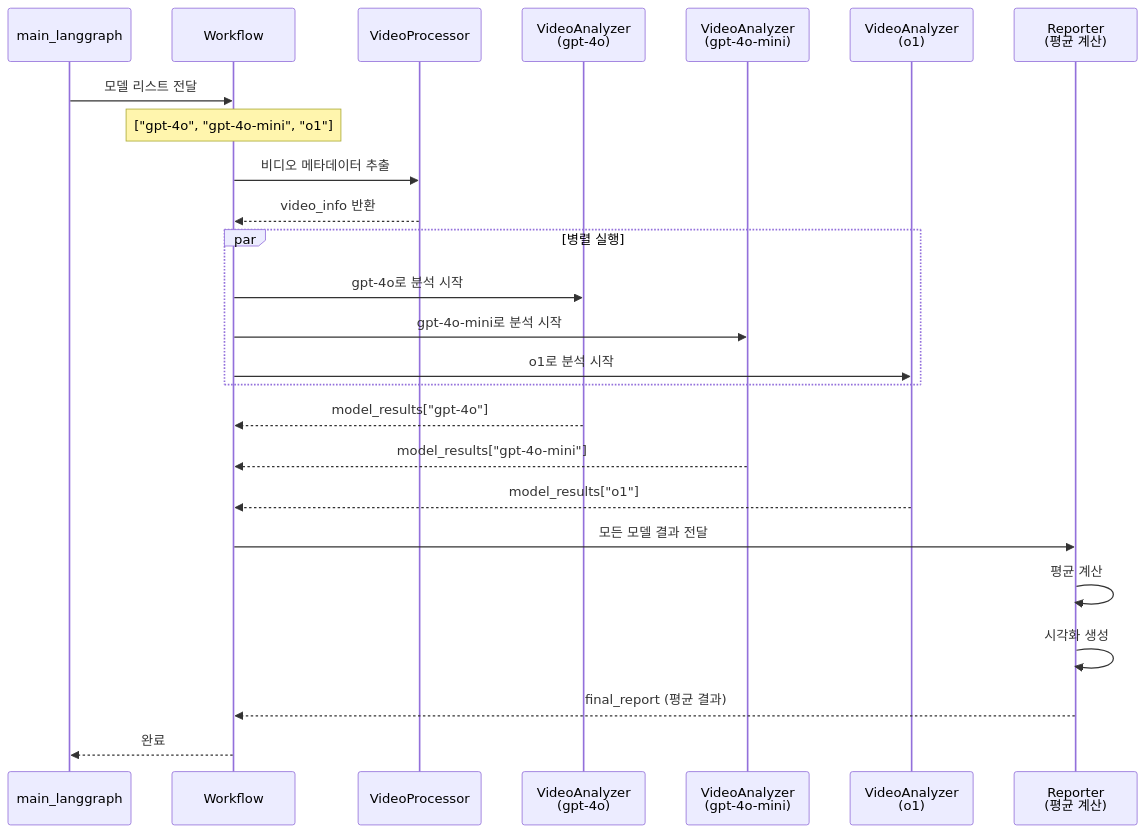
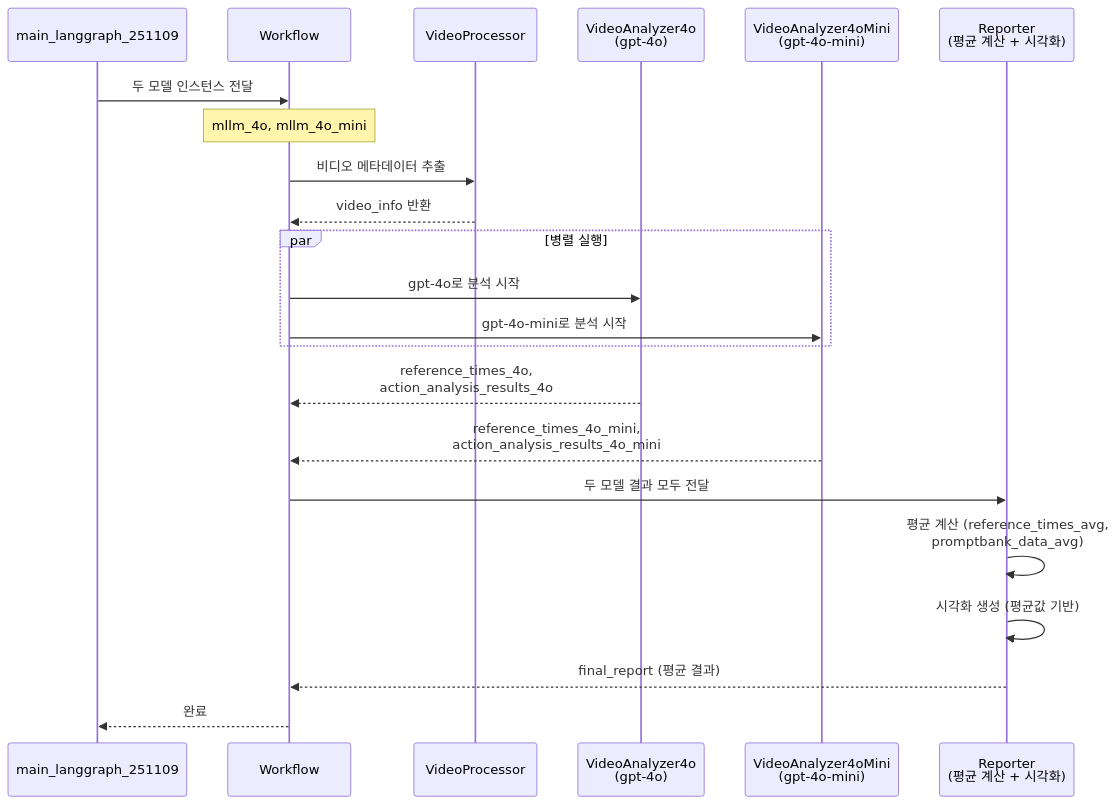
The diagram in app/MULTIMODEL_ARCHITECTURE.md (BrianTakion/AI_inhaler_Langgraph), drawn with Mermaid before and after one commit. The commit also changed other lines of this file and 22 other files, not shown here.

````diff
--- a/app/MULTIMODEL_ARCHITECTURE.md
+++ b/app/MULTIMODEL_ARCHITECTURE.md
@@ -9,33 +9,30 @@
 ```mermaid
 sequenceDiagram
-    participant Main as main_langgraph
+    participant Main as main_langgraph_251109
     participant WF as Workflow
     participant VP as VideoProcessor
-    participant VA1 as VideoAnalyzer<br/>(gpt-4o)
-    participant VA2 as VideoAnalyzer<br/>(gpt-4o-mini)
-    participant VA3 as VideoAnalyzer<br/>(o1)
-    participant RP as Reporter<br/>(평균 계산)
-    
-    Main->>WF: 모델 리스트 전달
-    Note over WF: ["gpt-4o", "gpt-4o-mini", "o1"]
-    
+    participant VA1 as VideoAnalyzer4o<br/>(gpt-4o)
+    participant VA2 as VideoAnalyzer4oMini<br/>(gpt-4o-mini)
+    participant RP as Reporter<br/>(평균 계산 + 시각화)
+
+    Main->>WF: 두 모델 인스턴스 전달
+    Note over WF: mllm_4o, mllm_4o_mini
+
     WF->>VP: 비디오 메타데이터 추출
     VP-->>WF: video_info 반환
-    
+
     par 병렬 실행
         WF->>VA1: gpt-4o로 분석 시작
         WF->>VA2: gpt-4o-mini로 분석 시작
-        WF->>VA3: o1로 분석 시작
     end
-    
-    VA1-->>WF: model_results["gpt-4o"]
-    VA2-->>WF: model_results["gpt-4o-mini"]
-    VA3-->>WF: model_results["o1"]
-    
-    WF->>RP: 모든 모델 결과 전달
-    RP->>RP: 평균 계산
-    RP->>RP: 시각화 생성
+
+    VA1-->>WF: reference_times_4o,<br/>action_analysis_results_4o
+    VA2-->>WF: reference_times_4o_mini,<br/>action_analysis_results_4o_mini
+
+    WF->>RP: 두 모델 결과 모두 전달
+    RP->>RP: 평균 계산 (reference_times_avg,<br/>promptbank_data_avg)
+    RP->>RP: 시각화 생성 (평균값 기반)
     RP-->>WF: final_report (평균 결과)
-    
+
     WF-->>Main: 완료
 ```
````
